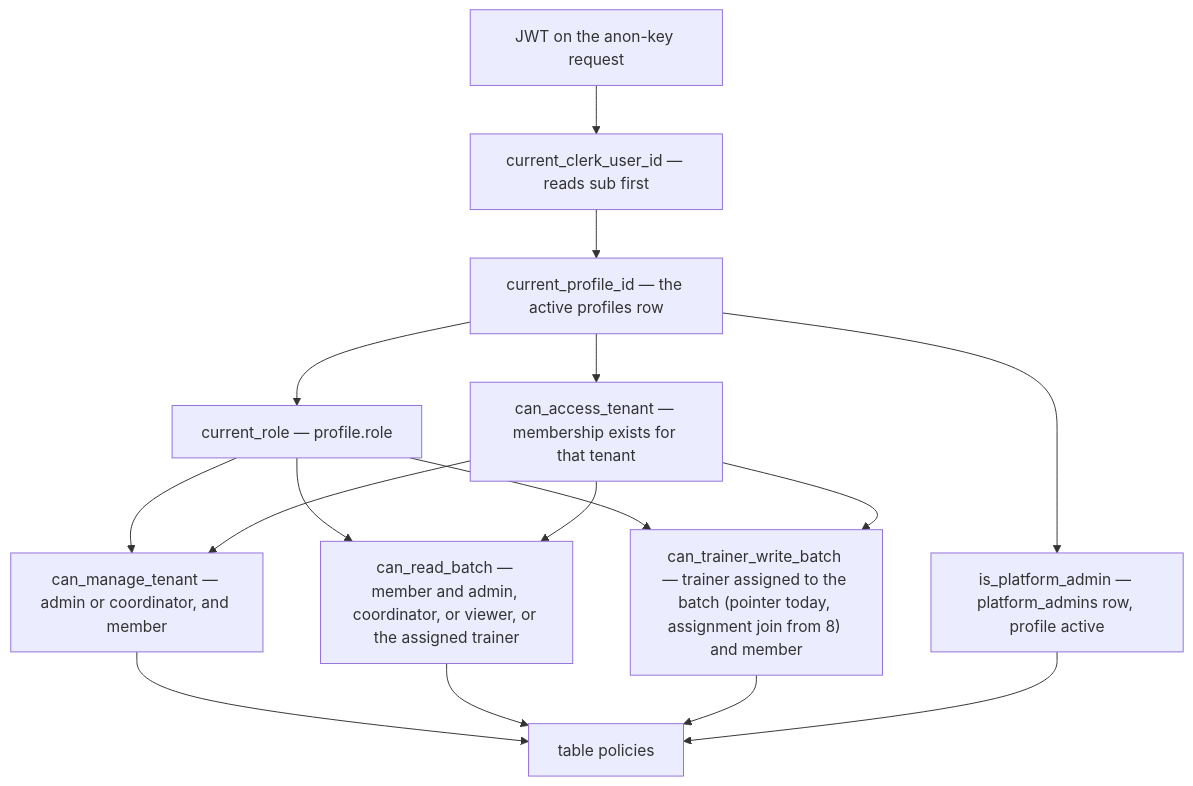
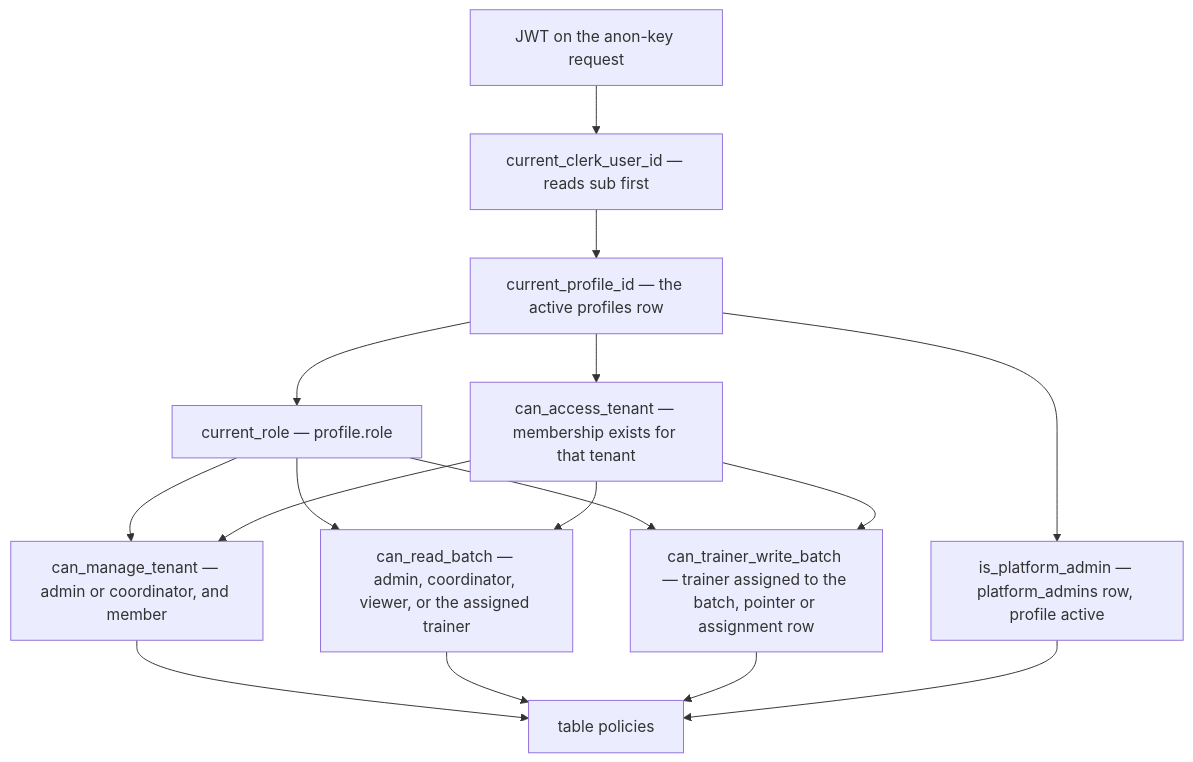
One commit to shuakyle21/tesda-compliance-manager changed the fourth of 4 diagrams in openwiki/architecture/data-model-and-rls.md. Above: the diagram before and after it, drawn with Mermaid. The commit also changed other lines of this file and 11 other files, not shown here.

````diff
--- a/openwiki/architecture/data-model-and-rls.md
+++ b/openwiki/architecture/data-model-and-rls.md
@@ -516,18 +523,18 @@
 ```mermaid
 flowchart TD
     TOKEN["JWT on the anon-key request"] --> CLERK["current_clerk_user_id — reads sub first"]
     CLERK --> PROFILE["current_profile_id — the active profiles row"]
     PROFILE --> ROLE["current_role — profile.role"]
     PROFILE --> ACCESS["can_access_tenant — membership exists for that tenant"]
     ROLE --> MANAGE["can_manage_tenant — admin or coordinator, and member"]
     ACCESS --> MANAGE
-    ROLE --> READB["can_read_batch — member and admin, coordinator, or viewer, or the assigned trainer"]
+    ROLE --> READB["can_read_batch — admin, coordinator, viewer, or the assigned trainer"]
     ACCESS --> READB
-    ROLE --> WRITEB["can_trainer_write_batch — trainer assigned to the batch (pointer today, assignment join from 8) and member"]
+    ROLE --> WRITEB["can_trainer_write_batch — trainer assigned to the batch, pointer or assignment row"]
     ACCESS --> WRITEB
     PROFILE --> PADMIN["is_platform_admin — platform_admins row, profile active"]
     MANAGE --> POL["table policies"]
     READB --> POL
     WRITEB --> POL
     PADMIN --> POL
 ```
````
